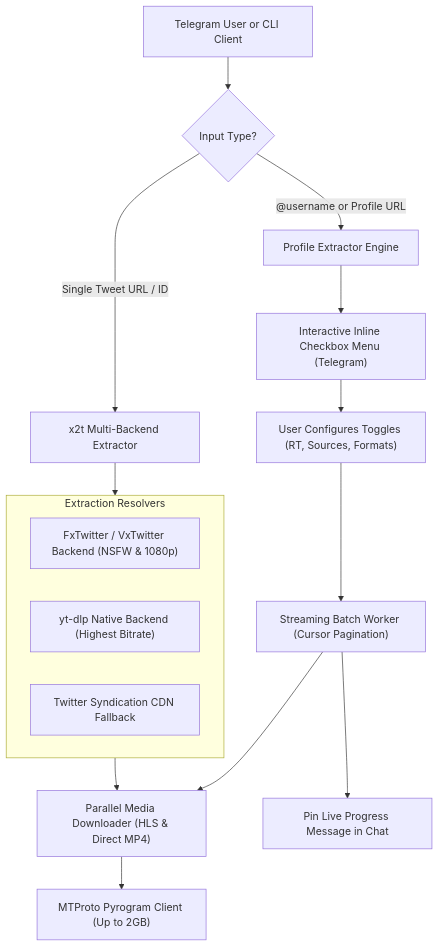
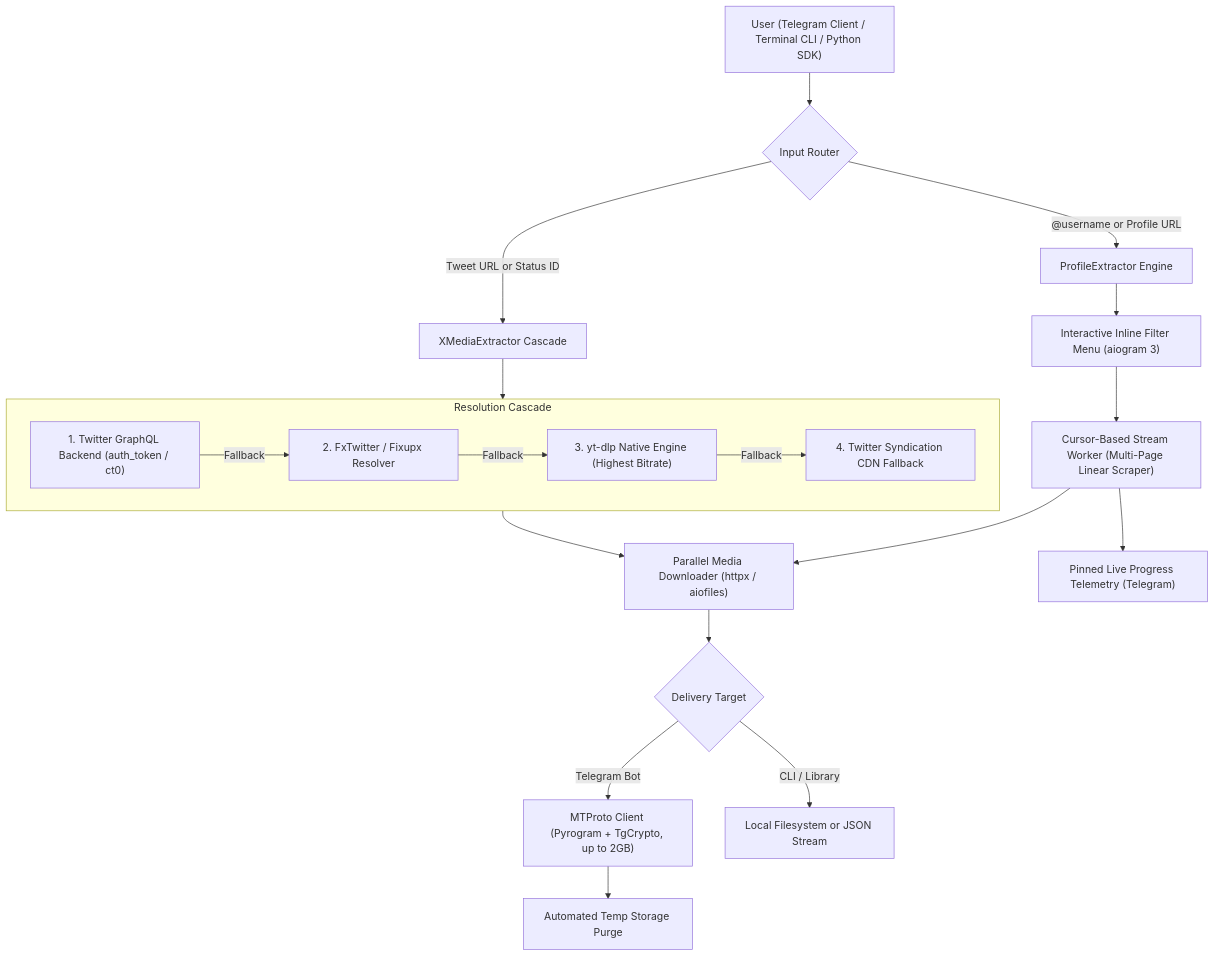
Before and after one commit to TheMRVX/x2t: the diagram in README.md, drawn with Mermaid. The commit also changed other lines of this file and 1 other file, not shown here.

````diff
--- a/README.md
+++ b/README.md
@@ -41,23 +62,31 @@
 ```mermaid
 flowchart TD
-    User["Telegram User or CLI Client"] --> InputRouter{"Input Type?"}
+    User["User (Telegram Client / Terminal CLI / Python SDK)"] --> Router{"Input Router"}
     
-    %% Single Tweet Pipeline
-    InputRouter -->|"Single Tweet URL / ID"| Extractor["x2t Multi-Backend Extractor"]
-    subgraph Resolvers ["Extraction Resolvers"]
-        R1["FxTwitter / VxTwitter Backend (NSFW & 1080p)"]
-        R2["yt-dlp Native Backend (Highest Bitrate)"]
-        R3["Twitter Syndication CDN Fallback"]
+    %% Single Tweet Flow
+    Router -->|"Tweet URL or Status ID"| SingleEngine["XMediaExtractor Cascade"]
+    subgraph Cascade ["Resolution Cascade"]
+        B1["1. Twitter GraphQL Backend (auth_token / ct0)"]
+        B2["2. FxTwitter / Fixupx Resolver"]
+        B3["3. yt-dlp Native Engine (Highest Bitrate)"]
+        B4["4. Twitter Syndication CDN Fallback"]
+        B1 -->|Fallback| B2
+        B2 -->|Fallback| B3
+        B3 -->|Fallback| B4
     end
-    Extractor --> Resolvers
-    Resolvers --> Downloader["Parallel Media Downloader (HLS & Direct MP4)"]
-    Downloader --> MTProtoSend["MTProto Pyrogram Client (Up to 2GB)"]
+    SingleEngine --> Cascade
+    Cascade --> DL["Parallel Media Downloader (httpx / aiofiles)"]
     
-    %% Profile Pipeline
-    InputRouter -->|"@username or Profile URL"| ProfileEngine["Profile Extractor Engine"]
-    ProfileEngine --> InteractiveMenu["Interactive Inline Checkbox Menu (Telegram)"]
-    InteractiveMenu --> UserChoice["User Configures Toggles (RT, Sources, Formats)"]
-    UserChoice --> StreamWorker["Streaming Batch Worker (Cursor Pagination)"]
-    StreamWorker --> PinMsg["Pin Live Progress Message in Chat"]
-    StreamWorker --> Downloader
+    %% Profile Pipeline Flow
+    Router -->|"@username or Profile URL"| ProfileEngine["ProfileExtractor Engine"]
+    ProfileEngine --> FilterUI["Interactive Inline Filter Menu (aiogram 3)"]
+    FilterUI --> StreamWorker["Cursor-Based Stream Worker (Multi-Page Linear Scraper)"]
+    StreamWorker --> PinnedUI["Pinned Live Progress Telemetry (Telegram)"]
+    StreamWorker --> DL
+    
+    %% Delivery Layer
+    DL --> Delivery{"Delivery Target"}
+    Delivery -->|"Telegram Bot"| MTProto["MTProto Client (Pyrogram + TgCrypto, up to 2GB)"]
+    Delivery -->|"CLI / Library"| Disk["Local Filesystem or JSON Stream"]
+    MTProto --> Cleanup["Automated Temp Storage Purge"]
 ```
````
